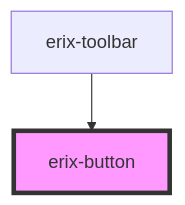
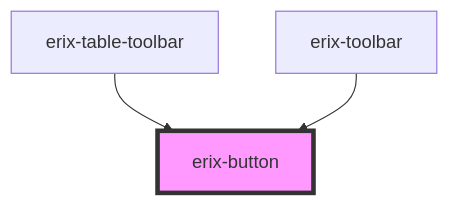
One commit to NopeThisIsShini/erix_editor changed the diagram in src/components/ui/erix-button/readme.md. Above: the diagram before and after it, drawn with Mermaid. The commit also changed other lines of this file and 17 other files, not shown here.

Commit message:
modify table-toolbar

````diff
--- a/src/components/ui/erix-button/readme.md
+++ b/src/components/ui/erix-button/readme.md
@@ -29,5 +32,6 @@
 ```mermaid
 graph TD;
+  erix-table-toolbar --> erix-button
   erix-toolbar --> erix-button
   style erix-button fill:#f9f,stroke:#333,stroke-width:4px
 ```
````
